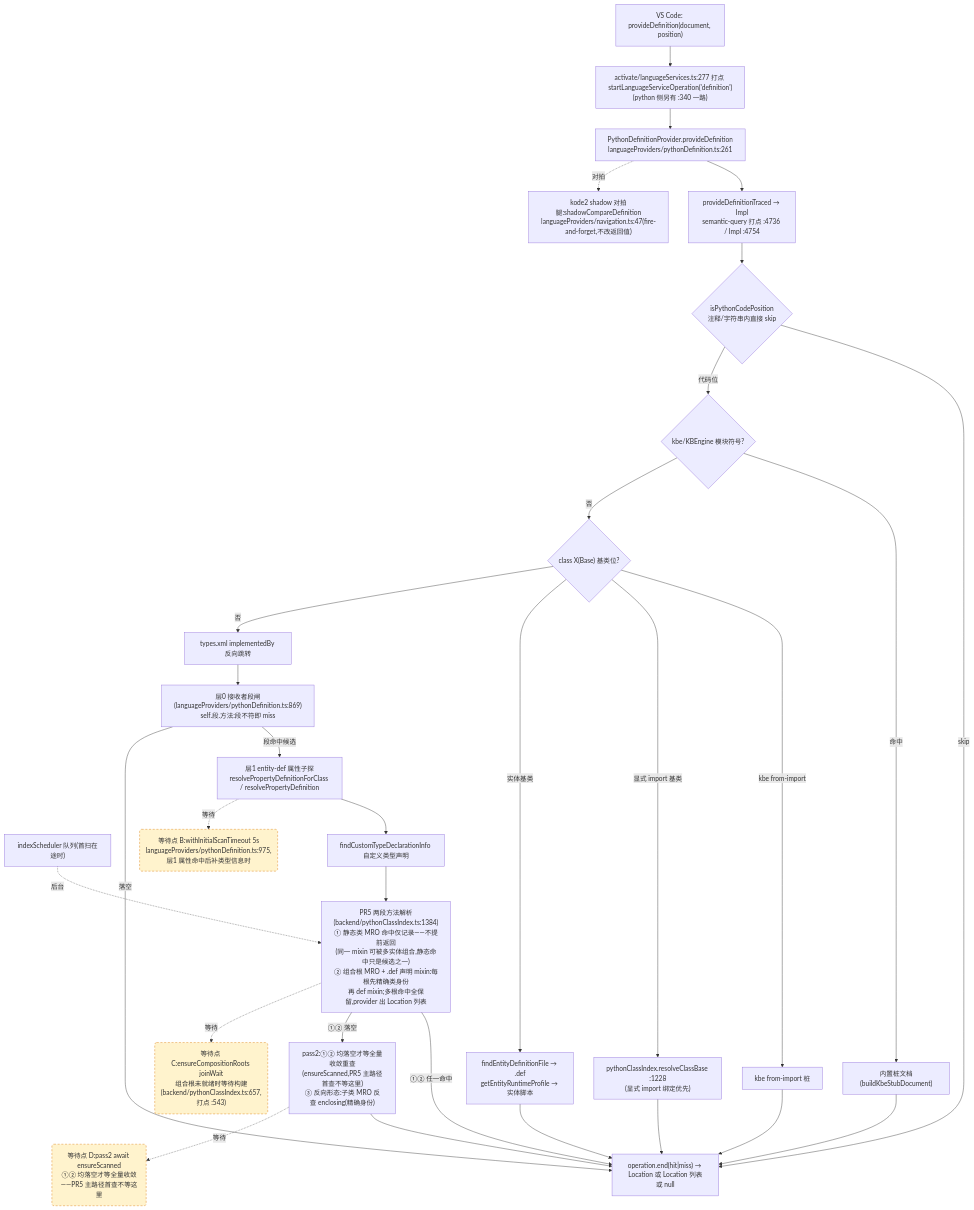
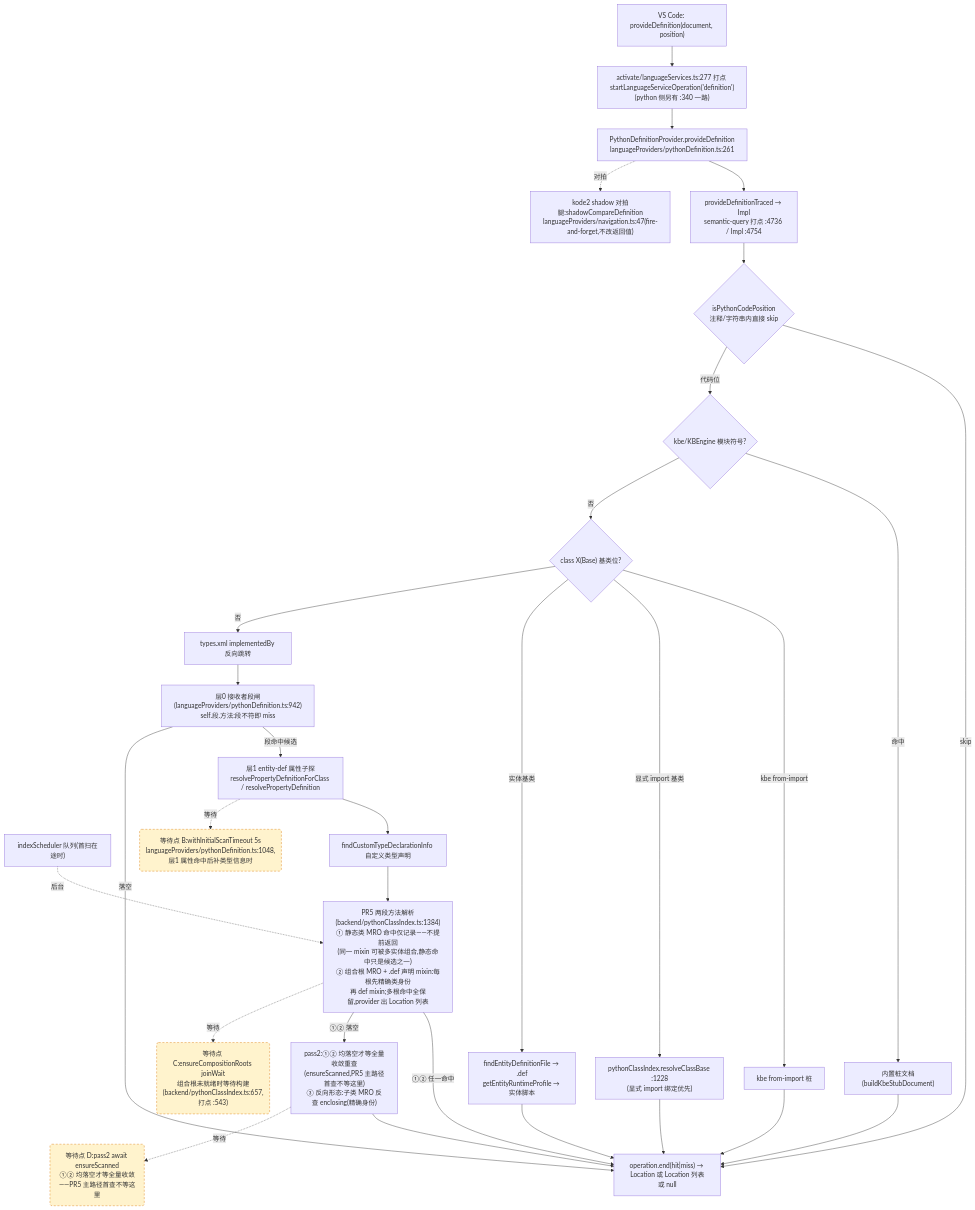
The second of 4 diagrams in docs/perf/2026-baseline.md (cuihairu/kode), drawn with Mermaid before and after one commit. The commit also changed other lines of this file and 7 other files, not shown here.

````diff
--- a/docs/perf/2026-baseline.md
+++ b/docs/perf/2026-baseline.md
@@ -138,51 +140,51 @@
 ```mermaid
 flowchart TD
   VC2["VS Code: provideDefinition(document, position)"]
   M2["activate/languageServices.ts:277 打点 startLanguageServiceOperation('definition')<br/>(python 侧另有 :340 一路)"]
   AD2["PythonDefinitionProvider.provideDefinition<br/>languageProviders/pythonDefinition.ts:261"]
   TR["provideDefinitionTraced → Impl<br/>semantic-query 打点 :4736 / Impl :4754"]
   CTX{"isPythonCodePosition<br/>注释/字符串内直接 skip"}
   KBE{"kbe/KBEngine 模块符号?"}
   STUB["内置桩文档(buildKbeStubDocument)"]
   CB{"class X(Base) 基类位?"}
   CB1["kbe from-import 桩"]
   CB2["pythonClassIndex.resolveClassBase :1228<br/>(显式 import 绑定优先)"]
   CB3["findEntityDefinitionFile → .def<br/>getEntityRuntimeProfile → 实体脚本"]
   REV["types.xml implementedBy 反向跳转"]
-  L0["层0 接收者段闸(languageProviders/pythonDefinition.ts:869)<br/>self.段.方法:段不符即 miss"]
+  L0["层0 接收者段闸(languageProviders/pythonDefinition.ts:942)<br/>self.段.方法:段不符即 miss"]
   L1["层1 entity-def 属性子探<br/>resolvePropertyDefinitionForClass / resolvePropertyDefinition"]
   SCAN["indexScheduler 队列(首扫在途时)"]
   TY["findCustomTypeDeclarationInfo 自定义类型声明"]
   MRO["PR5 两段方法解析(backend/pythonClassIndex.ts:1384)<br/>① 静态类 MRO 命中仅记录——不提前返回<br/>(同一 mixin 可被多实体组合,静态命中只是候选之一)<br/>② 组合根 MRO + .def 声明 mixin:每根先精确类身份<br/>再 def mixin;多根命中全保留,provider 出 Location 列表"]
   PASS2["pass2:①② 均落空才等全量收敛重查<br/>(ensureScanned,PR5 主路径首查不等这里)<br/>③ 反向形态:子类 MRO 反查 enclosing(精确身份)"]
   SHD["kode2 shadow 对拍腿:shadowCompareDefinition<br/>languageProviders/navigation.ts:47(fire-and-forget,不改返回值)"]
   END2["operation.end(hit|miss) → Location 或 Location 列表或 null"]
 
   VC2 --> M2 --> AD2 --> TR --> CTX
   CTX -- "skip" --> END2
   CTX -- "代码位" --> KBE
   KBE -- "命中" --> STUB --> END2
   KBE -- "否" --> CB
   CB -- "kbe from-import" --> CB1 --> END2
   CB -- "显式 import 基类" --> CB2 --> END2
   CB -- "实体基类" --> CB3 --> END2
   CB -- "否" --> REV --> L0
   L0 -- "段命中候选" --> L1
   L0 -- "落空" --> END2
   L1 --> TY
   TY --> MRO
   MRO -- "①② 任一命中" --> END2
   MRO -- "①② 落空" --> PASS2 --> END2
   AD2 -.->|对拍| SHD
 
-  WAITB("等待点 B:withInitialScanTimeout 5s<br/>languageProviders/pythonDefinition.ts:975,层1 属性命中后补类型信息时")
+  WAITB("等待点 B:withInitialScanTimeout 5s<br/>languageProviders/pythonDefinition.ts:1048,层1 属性命中后补类型信息时")
   WAITC("等待点 C:ensureCompositionRoots joinWait<br/>组合根未就绪时等待构建(backend/pythonClassIndex.ts:657,打点 :543)")
   WAITD("等待点 D:pass2 await ensureScanned<br/>①② 均落空才等全量收敛——PR5 主路径首查不等这里")
   L1 -.->|等待| WAITB
   MRO -.->|等待| WAITC
   PASS2 -.->|等待| WAITD
   SCAN -.->|后台| MRO
 
   classDef waitPoint fill:#fff3cd,stroke:#d97706,stroke-dasharray:5 4;
   class WAITB,WAITC,WAITD waitPoint;
 ```
````
